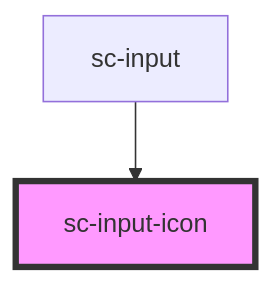
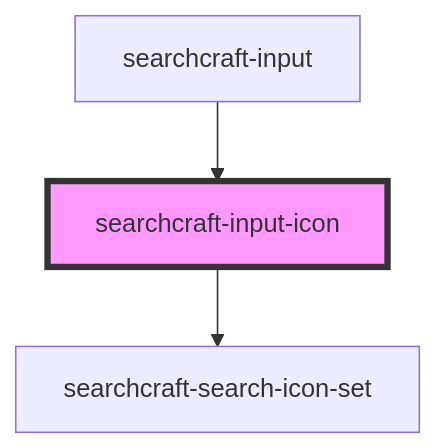
The diagram in packages/javascript-sdk/src/components/searchcraft-input-icon/readme.md (searchcraft-inc/searchcraft-javascript-sdks), drawn with Mermaid before and after one commit. The commit also changed other lines of this file and 56 other files, not shown here.

````diff
--- a/packages/javascript-sdk/src/components/searchcraft-input-icon/readme.md
+++ b/packages/javascript-sdk/src/components/searchcraft-input-icon/readme.md
@@ -23,5 +27,6 @@
 ```mermaid
 graph TD;
-  sc-input --> sc-input-icon
-  style sc-input-icon fill:#f9f,stroke:#333,stroke-width:4px
+  searchcraft-input-icon --> searchcraft-search-icon-set
+  searchcraft-input --> searchcraft-input-icon
+  style searchcraft-input-icon fill:#f9f,stroke:#333,stroke-width:4px
 ```
````
